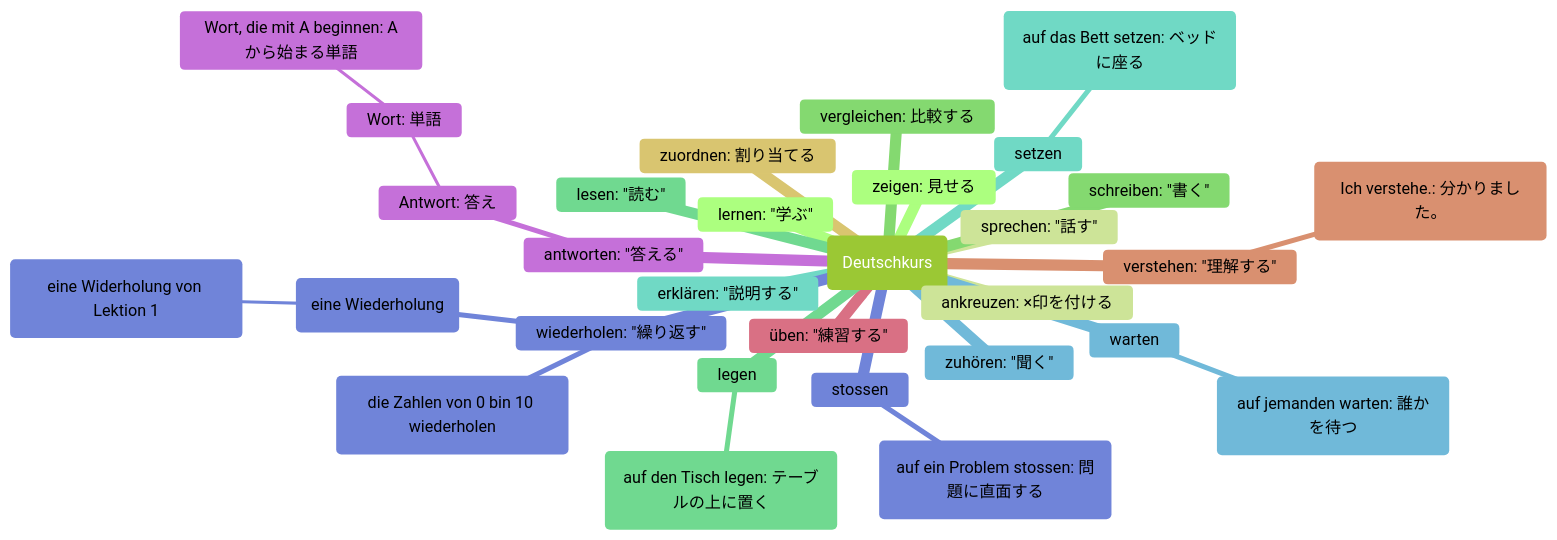
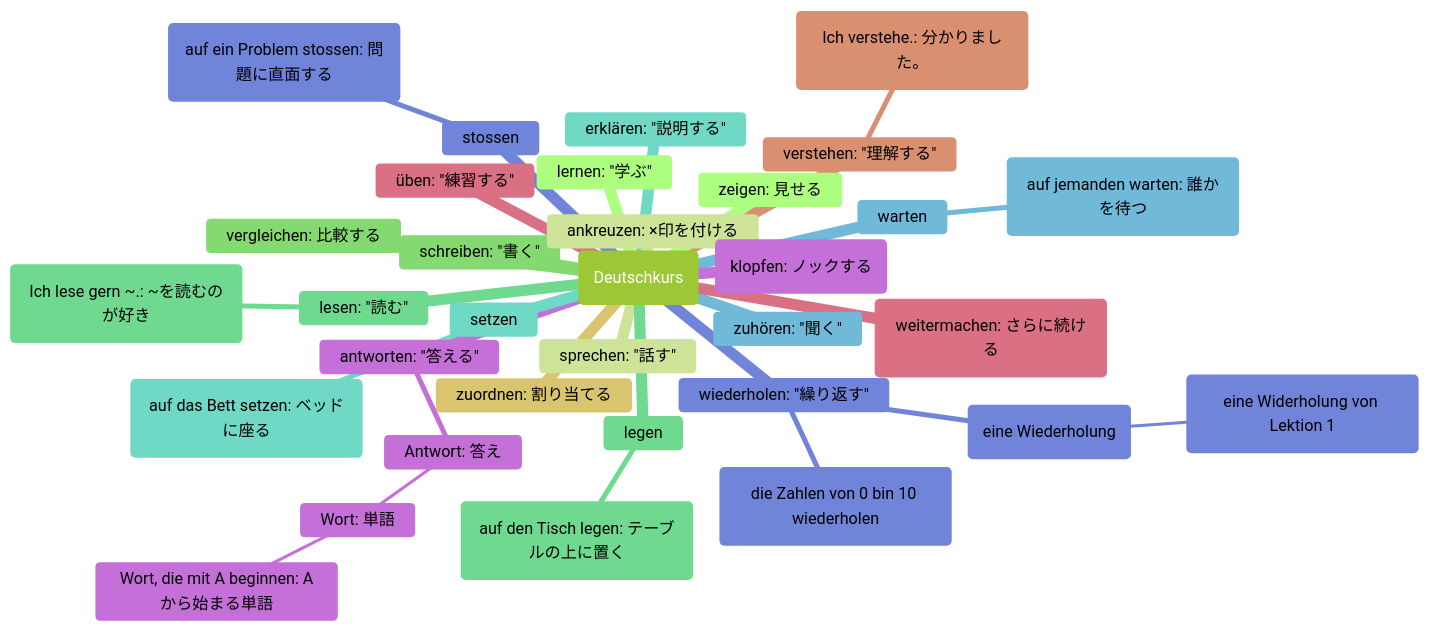
Before and after one commit to hyonsoku/mindmap: the first of 3 diagrams in Dutesch/Verb/Dutschkurs.md, drawn with Mermaid (forest theme). The commit also changed other lines of this file, not shown here.

````diff
--- a/Dutesch/Verb/Dutschkurs.md
+++ b/Dutesch/Verb/Dutschkurs.md
@@ -5,33 +5,36 @@
 ```mermaid
 mindmap
   root(Deutschkurs)
     lernen: "学ぶ"
     sprechen: "話す"
     schreiben: "書く"
     lesen: "読む"
+        (Ich lese gern ~.: ~を読むのが好き)
     erklären: "説明する"
     zuhören: "聞く"
     wiederholen: "繰り返す"
         (die Zahlen von 0 bin 10 wiederholen)
         (eine Wiederholung)
             (eine Widerholung von Lektion 1)
     antworten: "答える"
         Antwort: 答え
             Wort: 単語
                 Wort, die mit A beginnen: Aから始まる単語
     üben: "練習する"
     verstehen: "理解する"
         (Ich verstehe.: 分かりました。)
     zuordnen: 割り当てる
     zeigen: 見せる
     ankreuzen: ×印を付ける
     vergleichen: 比較する
     legen
         (auf den Tisch legen: テーブルの上に置く)
     setzen
         (auf das Bett setzen: ベッドに座る)
     warten
         (auf jemanden warten: 誰かを待つ)
     stossen
         (auf ein Problem stossen: 問題に直面する)
+    (klopfen: ノックする)
+    (weitermachen: さらに続ける)
 ```
````
